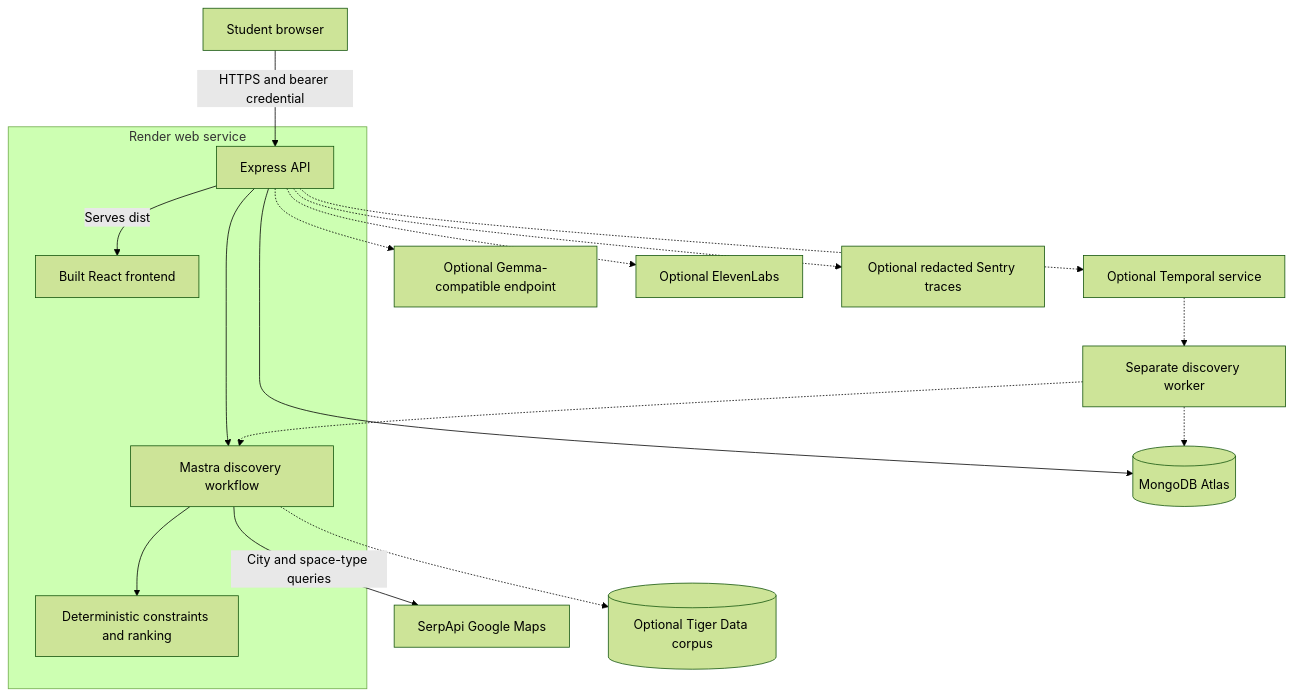
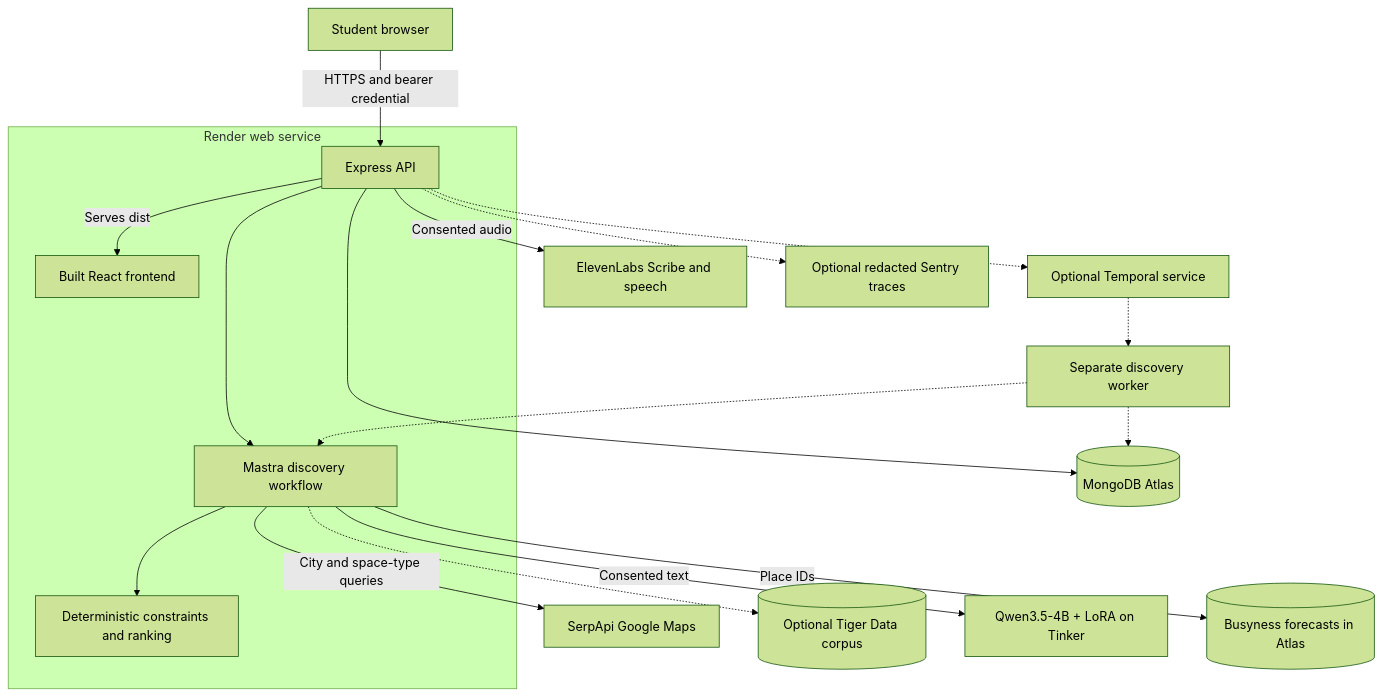
The first of 6 diagrams in ARCHITECTURE.md (N-45div/sidequest), drawn with Mermaid (forest theme) before and after one commit. The commit also changed other lines of this file, not shown here.

Commit message:
Describe the live model, voice and busyness paths in the architecture notes

````diff
--- a/ARCHITECTURE.md
+++ b/ARCHITECTURE.md
@@ -7,23 +7,24 @@
 ```mermaid
 flowchart TB
     Student[Student browser] -->|HTTPS and bearer credential| API
     subgraph Render[Render web service]
         UI[Built React frontend]
         API[Express API]
         Workflow[Mastra discovery workflow]
         Planner[Deterministic constraints and ranking]
         API -->|Serves dist| UI
         API --> Workflow
         Workflow --> Planner
     end
     API --> Atlas[(MongoDB Atlas)]
     Workflow -->|City and space-type queries| Search[SerpApi Google Maps]
     Workflow -.-> Corpus[(Optional Tiger Data corpus)]
-    API -.-> Model[Optional Gemma-compatible endpoint]
-    API -.-> Voice[Optional ElevenLabs]
+    Workflow -->|Consented text| Model[Qwen3.5-4B + LoRA on Tinker]
+    API -->|Consented audio| Voice[ElevenLabs Scribe and speech]
+    Workflow -->|Place IDs| Busy[(Busyness forecasts in Atlas)]
     API -.-> Traces[Optional redacted Sentry traces]
     API -.-> Temporal[Optional Temporal service]
     Temporal -.-> Worker[Separate discovery worker]
     Worker -.-> Atlas
     Worker -.-> Workflow
 ```
````
